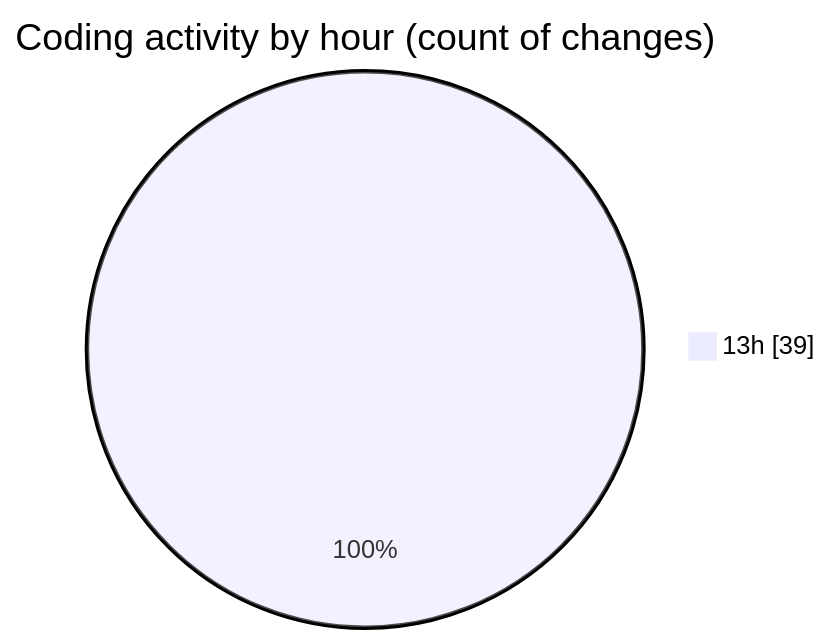
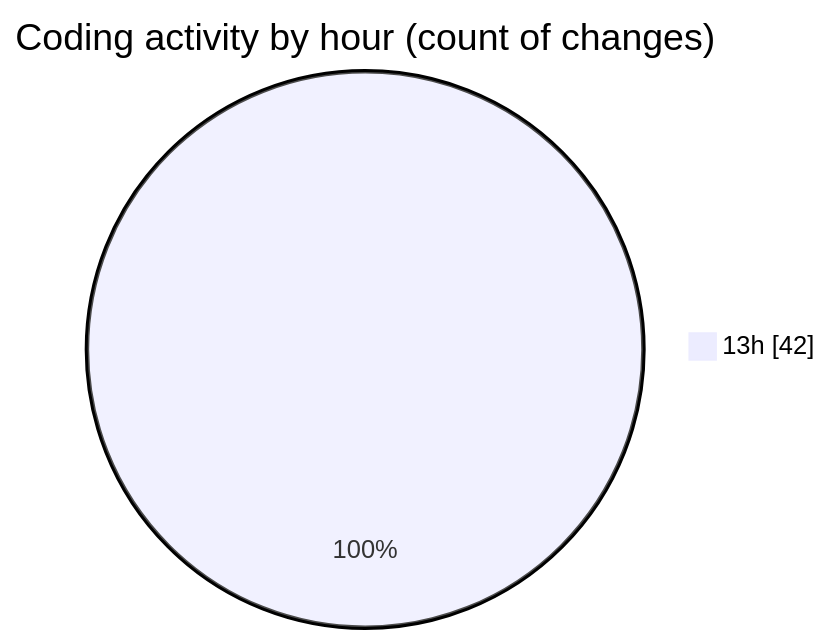
The second of 2 diagrams in 2026-07-16/cda/README.md (momahboobian/code-tracking), drawn with Mermaid before and after one commit. The commit also changed other lines of this file and 1 other file, not shown here.

````diff
--- a/2026-07-16/cda/README.md
+++ b/2026-07-16/cda/README.md
@@ -61,5 +61,5 @@
 ```mermaid
 pie showData
 title Coding activity by hour (count of changes)
-"13h" : 39
+"13h" : 42
 ```
````
